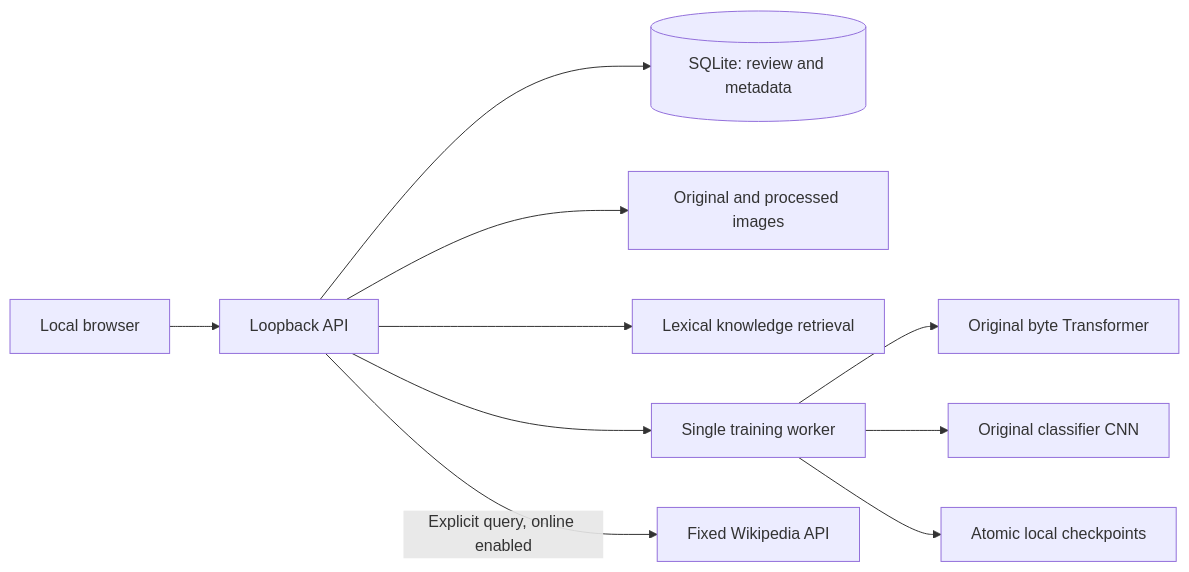
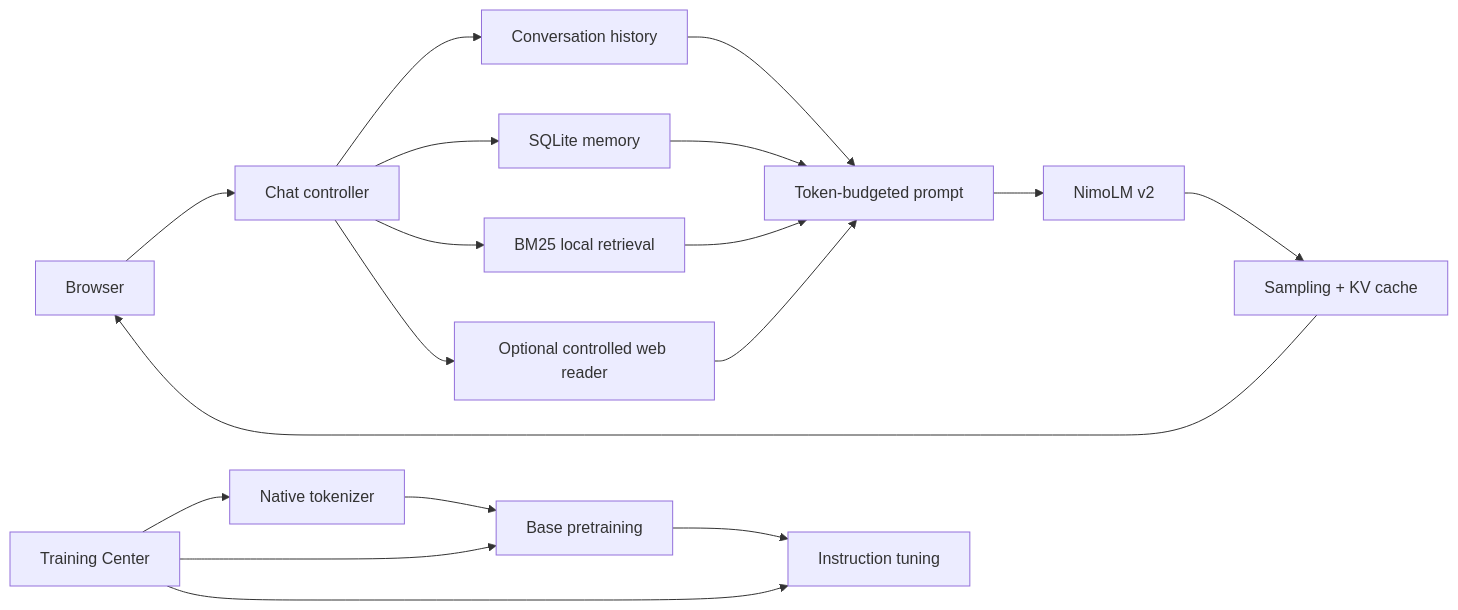
Before and after one commit to nadeemmhdm/nimo-lite: the diagram in docs/ARCHITECTURE.md, drawn with Mermaid. The commit also changed other lines of this file, not shown here.

Commit message:
docs(architecture): document native tokenizer Transformer training context and RAG

````diff
--- a/docs/ARCHITECTURE.md
+++ b/docs/ARCHITECTURE.md
@@ -9,12 +7,20 @@
 ```mermaid
 flowchart LR
-  U[Local browser] --> A[Loopback API]
-  A --> S[(SQLite: review and metadata)]
-  A --> I[Original and processed images]
-  A --> K[Lexical knowledge retrieval]
-  A --> W[Single training worker]
-  W --> T[Original byte Transformer]
-  W --> V[Original classifier CNN]
-  W --> C[Atomic local checkpoints]
-  A -->|Explicit query, online enabled| E[Fixed Wikipedia API]
+  U[Browser] --> C[Chat controller]
+  C --> H[Conversation history]
+  C --> M[SQLite memory]
+  C --> R[BM25 local retrieval]
+  C --> W[Optional controlled web reader]
+  H --> P[Token-budgeted prompt]
+  M --> P
+  R --> P
+  W --> P
+  P --> L[NimoLM v2]
+  L --> S[Sampling + KV cache]
+  S --> U
+  T[Training Center] --> Z[Native tokenizer]
+  T --> B[Base pretraining]
+  T --> I[Instruction tuning]
+  Z --> B
+  B --> I
 ```
````
